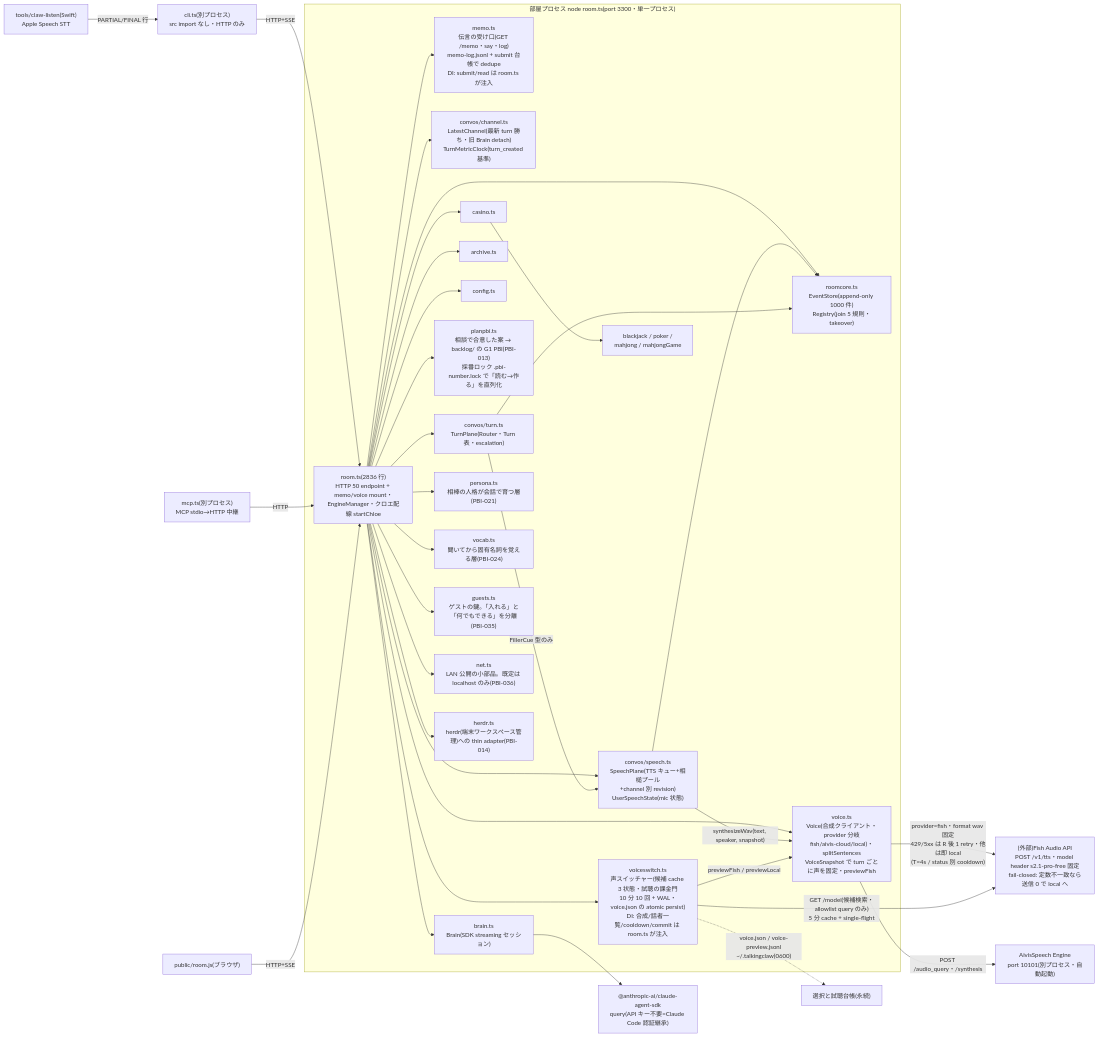
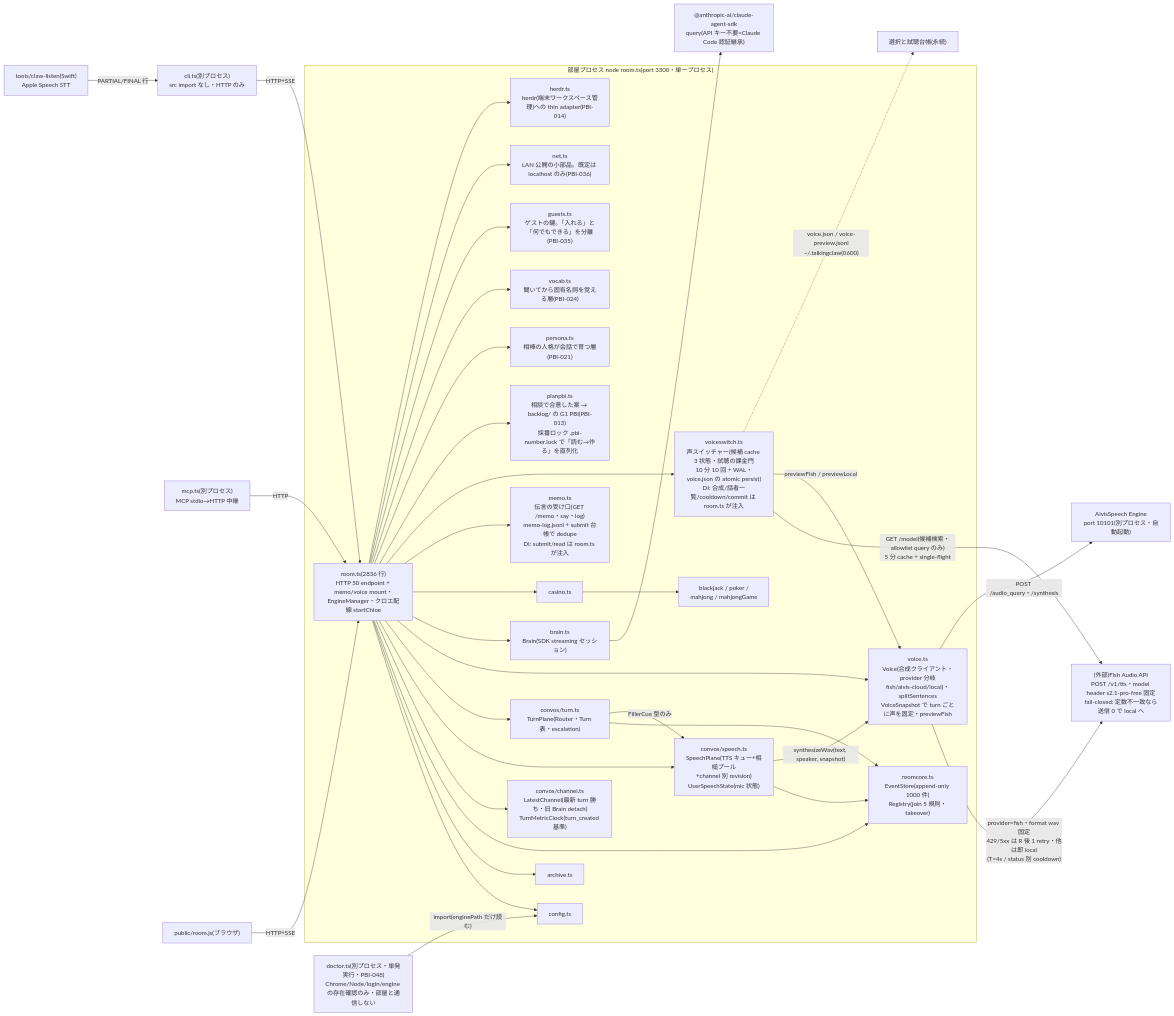
The second of 11 diagrams in docs/diagrams.md (shibu003/talkingclaw), drawn with Mermaid before and after one commit. The commit also changed other lines of this file and 6 other files, not shown here.

First line of the commit message:
feat: talkingclaw doctor — 起動前にChrome/Node/login/AivisSpeech Engineを診断

````diff
--- a/docs/diagrams.md
+++ b/docs/diagrams.md
@@ -50,42 +50,43 @@
 ```mermaid
 flowchart LR
   subgraph roomproc["部屋プロセス node room.ts(port 3300・単一プロセス)"]
     ROOM["room.ts(2836 行)<br>HTTP 50 endpoint + memo/voice mount・EngineManager・クロエ配線 startChloe"]
     MEMO["memo.ts<br>伝言の受け口(GET /memo・say・log)<br>memo-log.jsonl + submit 台帳で dedupe<br>DI: submit/read は room.ts が注入"]
     VSW["voiceswitch.ts<br>声スイッチャー(候補 cache 3 状態・試聴の課金門<br>10 分 10 回 + WAL・voice.json の atomic persist)<br>DI: 合成/話者一覧/cooldown/commit は room.ts が注入"]
     RC["roomcore.ts<br>EventStore(append-only 1000 件)<br>Registry(join 5 規則・takeover)"]
     CH["convos/channel.ts<br>LatestChannel(最新 turn 勝ち・旧 Brain detach)<br>TurnMetricClock(turn_created 基準)"]
     SP["convos/speech.ts<br>SpeechPlane(TTS キュー+相槌プール<br>+channel 別 revision)<br>UserSpeechState(mic 状態)"]
     TP["convos/turn.ts<br>TurnPlane(Router・Turn 表・escalation)"]
     VC["voice.ts<br>Voice(合成クライアント・provider 分岐<br>fish/aivis-cloud/local)・splitSentences<br>VoiceSnapshot で turn ごとに声を固定・previewFish"]
     BR["brain.ts<br>Brain(SDK streaming セッション)"]
     AR["archive.ts"]
     CFG["config.ts"]
     PPBI["planpbi.ts<br>相談で合意した案 → backlog/ の G1 PBI(PBI-013)<br>採番ロック .pbi-number.lock で「読む→作る」を直列化"]
     CAS["casino.ts"]
     GAMES["blackjack / poker /<br>mahjong / mahjongGame"]
     PERS["persona.ts<br>相棒の人格が会話で育つ層(PBI-021)"]
     VOCAB["vocab.ts<br>聞いてから固有名詞を覚える層(PBI-024)"]
     GST["guests.ts<br>ゲストの鍵。「入れる」と「何でもできる」を分離(PBI-035)"]
     NET["net.ts<br>LAN 公開の小部品。既定は localhost のみ(PBI-036)"]
     HRD["herdr.ts<br>herdr(端末ワークスペース管理)への thin adapter(PBI-014)"]
   end
   FISHAPI["(外部)Fish Audio API<br>POST /v1/tts・model header s2.1-pro-free 固定<br>fail-closed: 定数不一致なら送信 0 で local へ"]
   ROOM --> CFG & AR & RC & CH & SP & TP & VC & BR & CAS & MEMO & VSW & PPBI & PERS & VOCAB & GST & NET & HRD
   VC -->|"provider=fish・format wav 固定<br>429/5xx は R 後 1 retry・他は即 local<br>(T=4s / status 別 cooldown)"| FISHAPI
   VSW -->|"GET /model(候補検索・allowlist query のみ)<br>5 分 cache + single-flight"| FISHAPI
   SP --> RC
   SP -->|"synthesizeWav(text, speaker, snapshot)"| VC
   VSW -->|"previewFish / previewLocal"| VC
   VSW -.->|"voice.json / voice-preview.jsonl<br>~/.talkingclaw(0600)"| STATE["選択と試聴台帳(永続)"]
   TP --> RC
   TP -->|"FillerCue 型のみ"| SP
   CAS --> GAMES
   BR --> SDK["@anthropic-ai/claude-agent-sdk<br>query(API キー不要=Claude Code 認証継承)"]
   VC -->|"POST /audio_query・/synthesis"| TTS["AivisSpeech Engine<br>port 10101(別プロセス・自動起動)"]
 
   CLI["cli.ts(別プロセス)<br>src import なし・HTTP のみ"] -->|"HTTP+SSE"| ROOM
   MCPX["mcp.ts(別プロセス)<br>MCP stdio→HTTP 中継"] -->|"HTTP"| ROOM
   BROW["public/room.js(ブラウザ)"] -->|"HTTP+SSE"| ROOM
   LSN["tools/claw-listen(Swift)<br>Apple Speech STT"] -->|"PARTIAL/FINAL 行"| CLI
+  DOC["doctor.ts(別プロセス・単発実行・PBI-048)<br>Chrome/Node/login/engine の存在確認のみ・部屋と通信しない"] -->|"import(enginePath だけ読む)"| CFG
 ```
````
